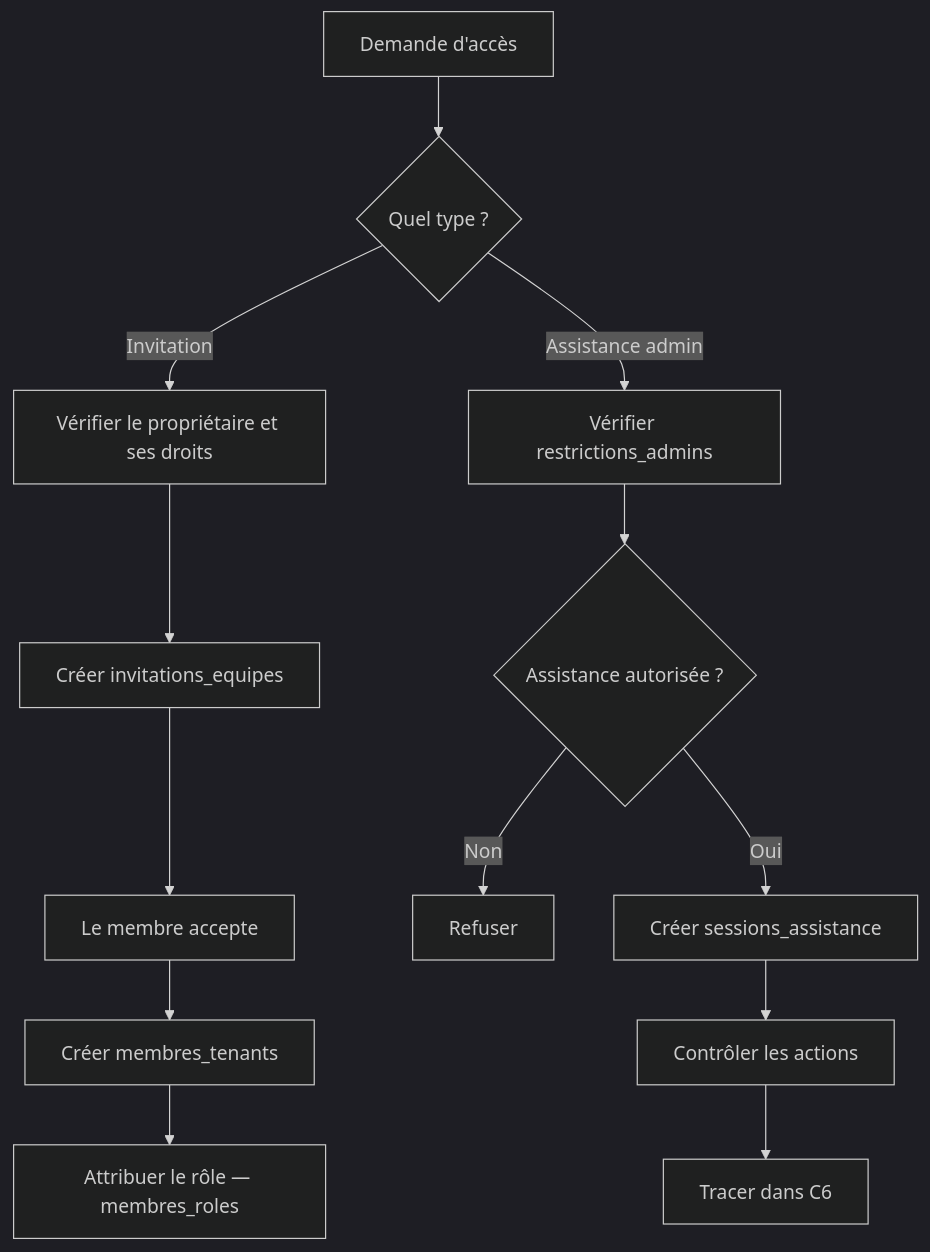
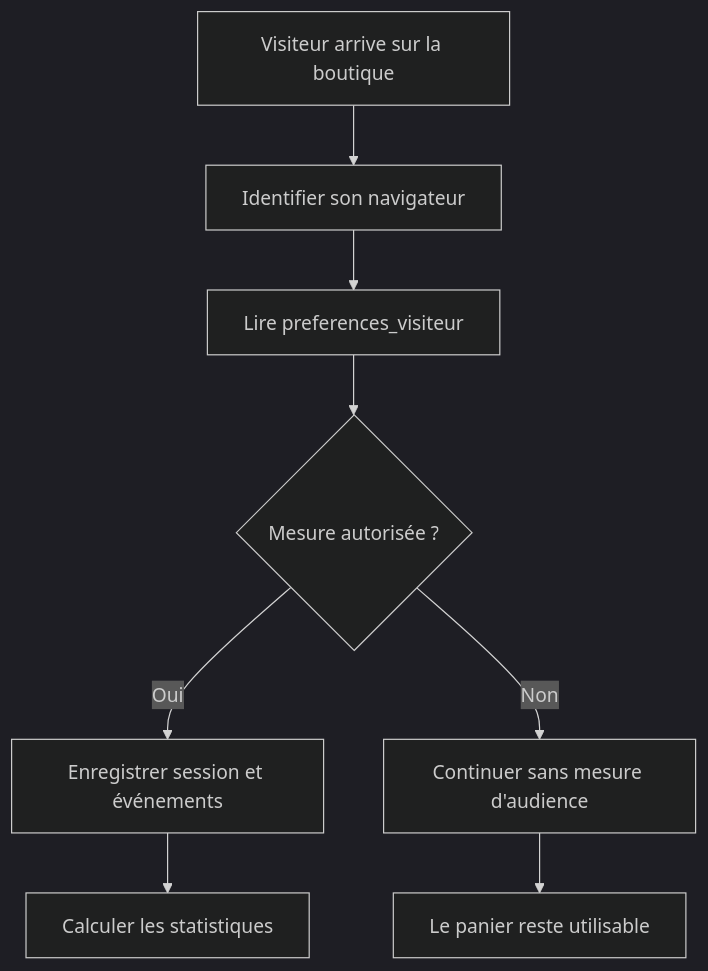
The sixth of 23 diagrams in BDD-centrale-C1-C14-explication-simple.md (unitealfa/saas-ecom), drawn with Mermaid (dark theme) before and after one commit. The commit also changed other lines of this file, not shown here.

````diff
--- a/BDD-centrale-C1-C14-explication-simple.md
+++ b/BDD-centrale-C1-C14-explication-simple.md
@@ -193,17 +308,10 @@
 ```mermaid
 flowchart TD
-    A["Demande d'accès"] --> B{"Quel type ?"}
-
-    B -->|Invitation| C["Vérifier le propriétaire et ses droits"]
-    C --> D["Créer invitations_equipes"]
-    D --> E["Le membre accepte"]
-    E --> F["Créer membres_tenants"]
-    F --> G["Attribuer le rôle — membres_roles"]
-
-    B -->|Assistance admin| H["Vérifier restrictions_admins"]
-    H --> I{"Assistance autorisée ?"}
-    I -->|Non| J["Refuser"]
-    I -->|Oui| K["Créer sessions_assistance"]
-    K --> L["Contrôler les actions"]
-    L --> M["Tracer dans C6"]
+    A["Visiteur arrive sur la boutique"] --> B["Identifier son navigateur"]
+    B --> C["Lire preferences_visiteur"]
+    C --> D{"Mesure autorisée ?"}
+    D -->|Oui| E["Enregistrer session et événements"]
+    E --> F["Calculer les statistiques"]
+    D -->|Non| G["Continuer sans mesure d'audience"]
+    G --> H["Le panier reste utilisable"]
 ```
````
